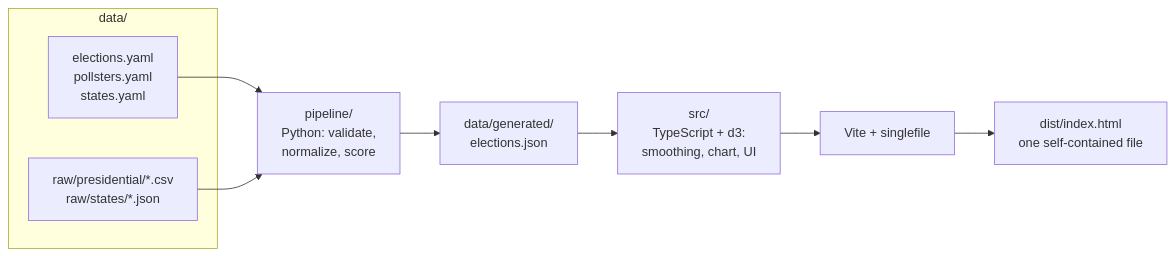
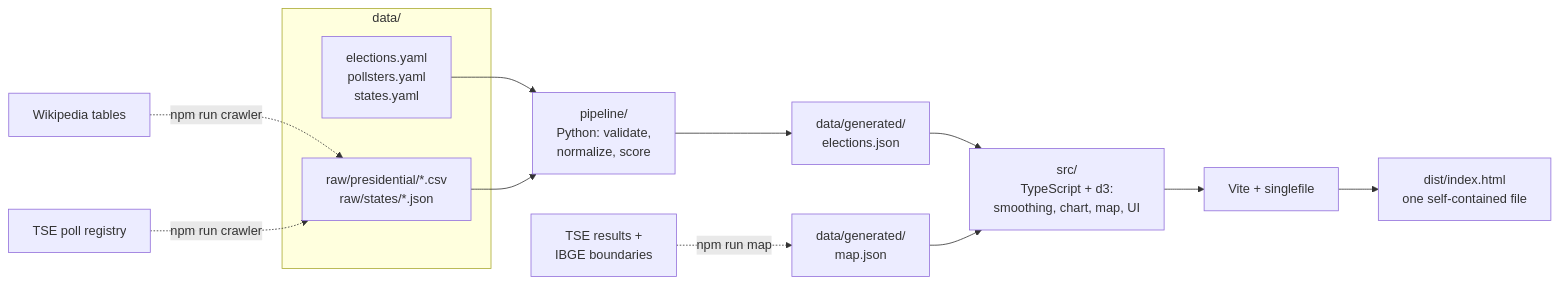
Before and after one commit to danillog/urna: the diagram in README.md, drawn with Mermaid. The commit also changed other lines of this file and 18 other files, not shown here.

First line of the commit message:
Add presidential results map by municipality

````diff
--- a/README.md
+++ b/README.md
@@ -22,12 +25,14 @@
 ```mermaid
 flowchart LR
     subgraph data/
         Y[elections.yaml<br/>pollsters.yaml<br/>states.yaml]
         R[raw/presidential/*.csv<br/>raw/states/*.json]
     end
+    WK[Wikipedia tables] & TR[TSE poll registry] -. npm run crawler .-> R
+    T[TSE results +<br/>IBGE boundaries] -. npm run map .-> M[data/generated/<br/>map.json]
     Y & R --> P[pipeline/<br/>Python: validate,<br/>normalize, score]
     P --> J[data/generated/<br/>elections.json]
-    J --> W[src/<br/>TypeScript + d3:<br/>smoothing, chart, UI]
+    J & M --> W[src/<br/>TypeScript + d3:<br/>smoothing, chart, map, UI]
     W --> V[Vite + singlefile]
     V --> H[dist/index.html<br/>one self-contained file]
 ```
````
